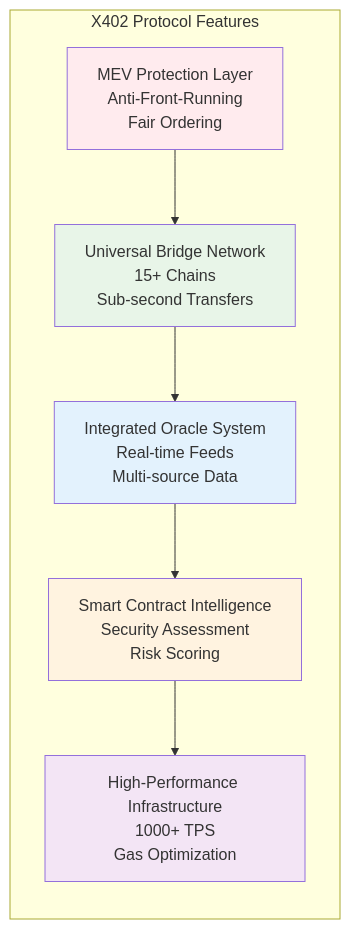
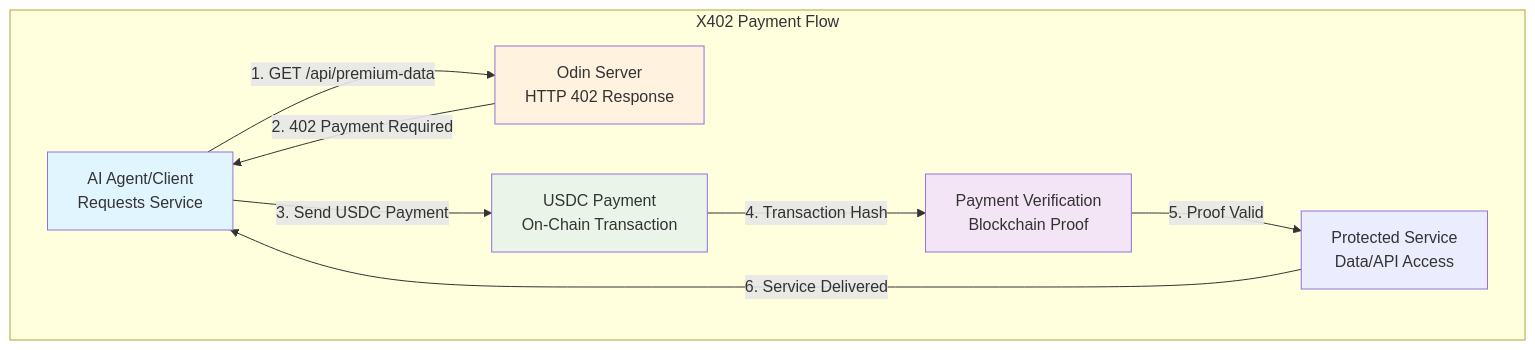
Before and after one commit to jconstantine627752-maker/Odysseus: the second of 5 diagrams in README.md, drawn with Mermaid. The commit also changed other lines of this file and 9 other files, not shown here.

First line of the commit message:
feat: Complete rework to implement real X402 payment protocol

````diff
--- a/README.md
+++ b/README.md
@@ -70,21 +70,22 @@
 ```mermaid
-graph LR
-    subgraph "X402 Protocol Features"
-        MEV[MEV Protection Layer<br/>Anti-Front-Running<br/>Fair Ordering]
-        BRIDGE[Universal Bridge Network<br/>15+ Chains<br/>Sub-second Transfers]
-        ORACLE[Integrated Oracle System<br/>Real-time Feeds<br/>Multi-source Data]
-        INTEL[Smart Contract Intelligence<br/>Security Assessment<br/>Risk Scoring]
-        INFRA[High-Performance Infrastructure<br/>1000+ TPS<br/>Gas Optimization]
+graph TD
+    subgraph "X402 Payment Flow"
+        CLIENT[AI Agent/Client<br/>Requests Service]
+        SERVER[Odin Server<br/>HTTP 402 Response]
+        PAYMENT[USDC Payment<br/>On-Chain Transaction]
+        VERIFY[Payment Verification<br/>Blockchain Proof]
+        SERVICE[Protected Service<br/>Data/API Access]
     end
     
-    MEV --> BRIDGE
-    BRIDGE --> ORACLE  
-    ORACLE --> INTEL
-    INTEL --> INFRA
+    CLIENT -->|1. GET /api/premium-data| SERVER
+    SERVER -->|2. 402 Payment Required| CLIENT
+    CLIENT -->|3. Send USDC Payment| PAYMENT
+    PAYMENT -->|4. Transaction Hash| VERIFY
+    VERIFY -->|5. Proof Valid| SERVICE
+    SERVICE -->|6. Service Delivered| CLIENT
     
-    style MEV fill:#ffebee
-    style BRIDGE fill:#e8f5e8
-    style ORACLE fill:#e3f2fd
-    style INTEL fill:#fff3e0
-    style INFRA fill:#f3e5f5
+    style CLIENT fill:#e1f5fe
+    style SERVER fill:#fff3e0
+    style PAYMENT fill:#e8f5e8
+    style VERIFY fill:#f3e5f5
 ```
````
